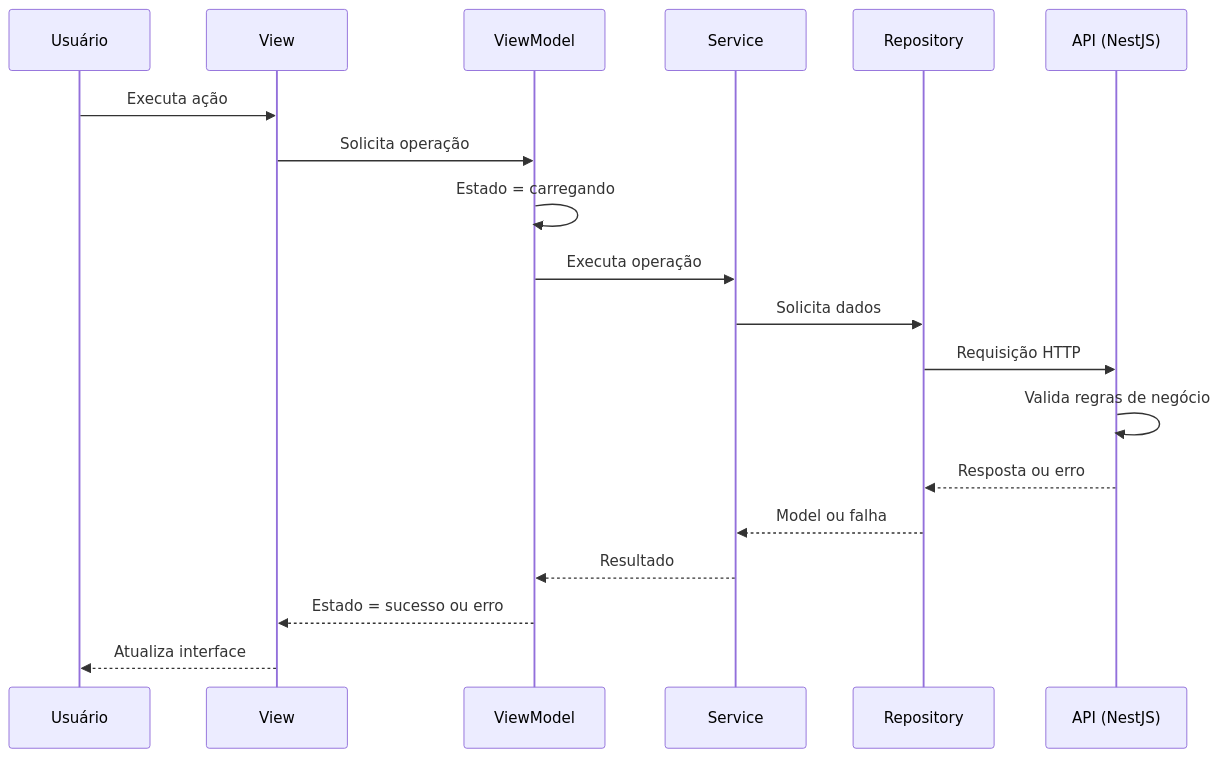
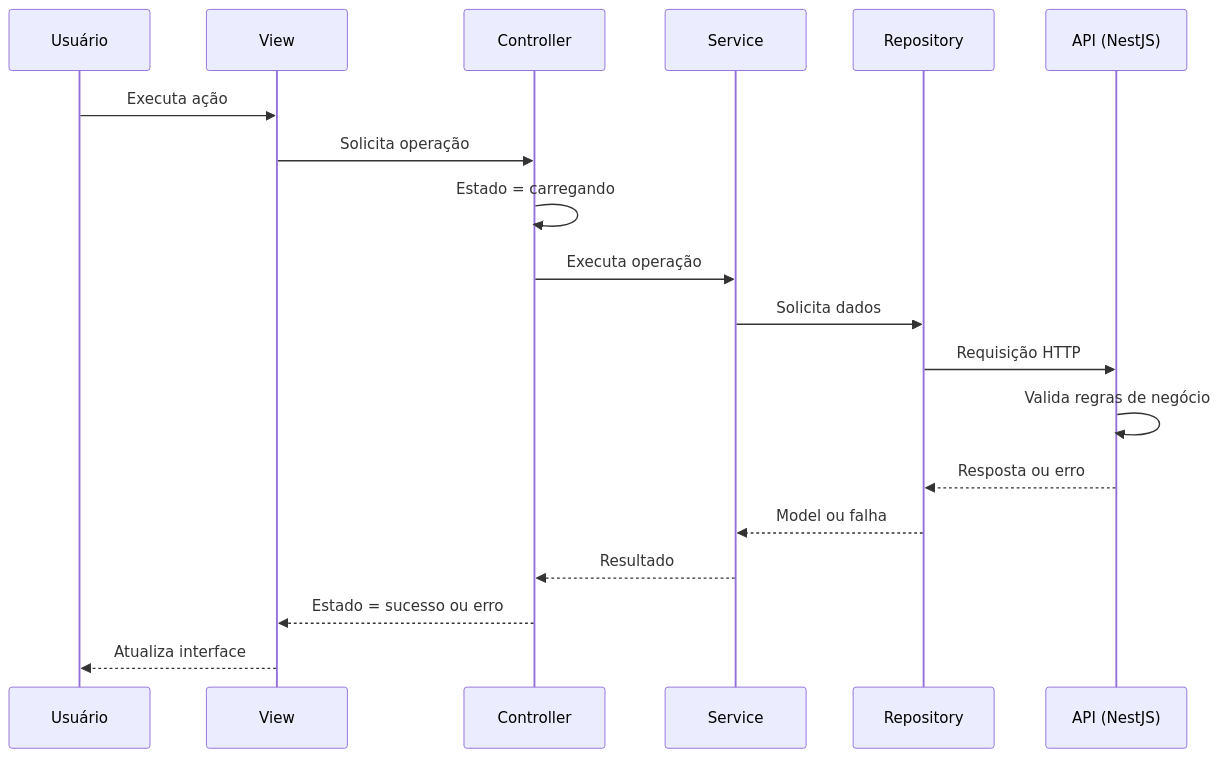
Before and after one commit to DanielSameque/Otzar: the third of 3 diagrams in frontend/docs/07-arquitetura.md, drawn with Mermaid. The commit also changed other lines of this file and 85 other files, not shown here.

````diff
--- a/frontend/docs/07-arquitetura.md
+++ b/frontend/docs/07-arquitetura.md
@@ -84,22 +105,22 @@
 ```mermaid
 sequenceDiagram
     participant U as Usuário
     participant V as View
-    participant VM as ViewModel
+    participant C as Controller
     participant S as Service
     participant R as Repository
     participant A as API (NestJS)
 
     U->>V: Executa ação
-    V->>VM: Solicita operação
-    VM->>VM: Estado = carregando
-    VM->>S: Executa operação
+    V->>C: Solicita operação
+    C->>C: Estado = carregando
+    C->>S: Executa operação
     S->>R: Solicita dados
     R->>A: Requisição HTTP
     A->>A: Valida regras de negócio
     A-->>R: Resposta ou erro
     R-->>S: Model ou falha
-    S-->>VM: Resultado
-    VM-->>V: Estado = sucesso ou erro
+    S-->>C: Resultado
+    C-->>V: Estado = sucesso ou erro
     V-->>U: Atualiza interface
 ```
````
